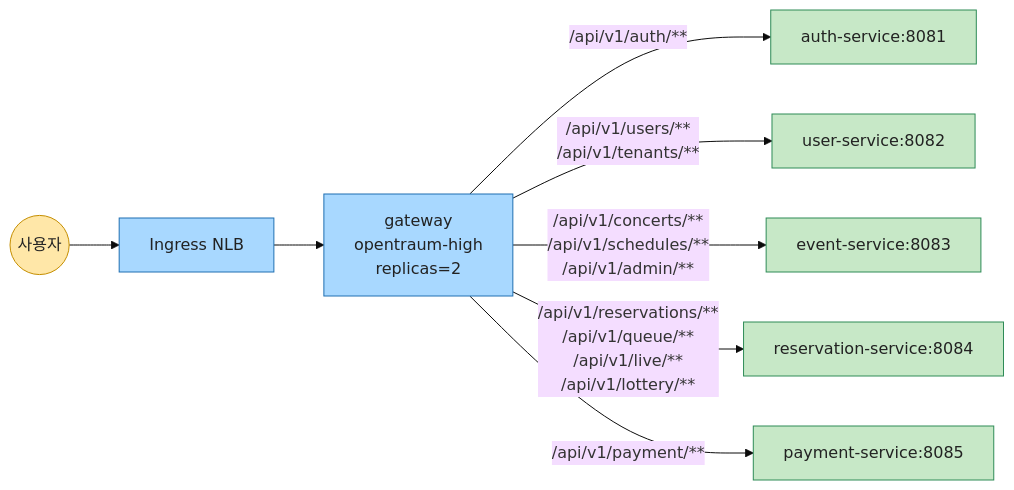
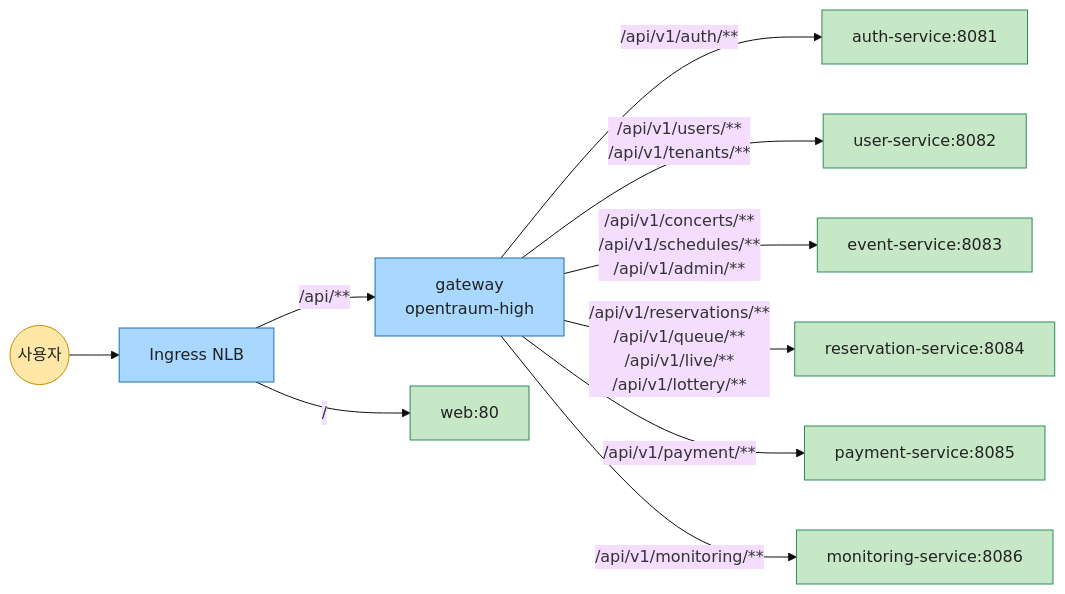
The first of 2 diagrams in docs/OPENTRAUM-INFRA-03-WORKLOAD.md (OpenTraum/OpenTraum-Infra), drawn with Mermaid before and after one commit. The commit also changed other lines of this file and 12 other files, not shown here.

````diff
--- a/docs/OPENTRAUM-INFRA-03-WORKLOAD.md
+++ b/docs/OPENTRAUM-INFRA-03-WORKLOAD.md
@@ -175,28 +312,35 @@
 ```mermaid
 %%{init:{'theme':'base'}}%%
 flowchart LR
     user((사용자))
     nlb[Ingress NLB]
-    gw[gateway<br/>opentraum-high<br/>replicas=2]
+    gw[gateway<br/>opentraum-high]
     auth[auth-service:8081]
     usr[user-service:8082]
     evt[event-service:8083]
     rsv[reservation-service:8084]
     pay[payment-service:8085]
+    mon[monitoring-service:8086]
+    web[web:80]
 
-    user --> nlb --> gw
+    user --> nlb
+    nlb -- "/" --> web
+    nlb -- "/api/**" --> gw
     gw -- "/api/v1/auth/**" --> auth
     gw -- "/api/v1/users/**<br/>/api/v1/tenants/**" --> usr
     gw -- "/api/v1/concerts/**<br/>/api/v1/schedules/**<br/>/api/v1/admin/**" --> evt
     gw -- "/api/v1/reservations/**<br/>/api/v1/queue/**<br/>/api/v1/live/**<br/>/api/v1/lottery/**" --> rsv
     gw -- "/api/v1/payment/**" --> pay
+    gw -- "/api/v1/monitoring/**" --> mon
 
     style user fill:#FFE7A8,stroke:#C58E00,color:#222
     style nlb fill:#A8D8FF,stroke:#1F6FB2,color:#222
     style gw fill:#A8D8FF,stroke:#1F6FB2,color:#222
     style auth fill:#C7E8C7,stroke:#2E8B57,color:#222
     style usr fill:#C7E8C7,stroke:#2E8B57,color:#222
     style evt fill:#C7E8C7,stroke:#2E8B57,color:#222
     style rsv fill:#C7E8C7,stroke:#2E8B57,color:#222
     style pay fill:#C7E8C7,stroke:#2E8B57,color:#222
+    style mon fill:#C7E8C7,stroke:#2E8B57,color:#222
+    style web fill:#C7E8C7,stroke:#2E8B57,color:#222
 ```
````
